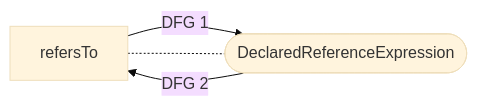
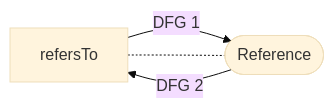
One commit to Fraunhofer-AISEC/cpg changed diagram 16 of 38 in docs/docs/CPG/specs/dfg.md. Above: the diagram before and after it, drawn with Mermaid (base theme). The commit also changed other lines of this file and 19 other files, not shown here.

````diff
--- a/docs/docs/CPG/specs/dfg.md
+++ b/docs/docs/CPG/specs/dfg.md
@@ -232,6 +232,6 @@
   ```mermaid
   flowchart LR
-    refersTo -- DFG 1 --> node([DeclaredReferenceExpression]);
+    refersTo -- DFG 1 --> node([Reference]);
     refersTo -.- node;
     node -- DFG 2 --> refersTo;
   ```
````
